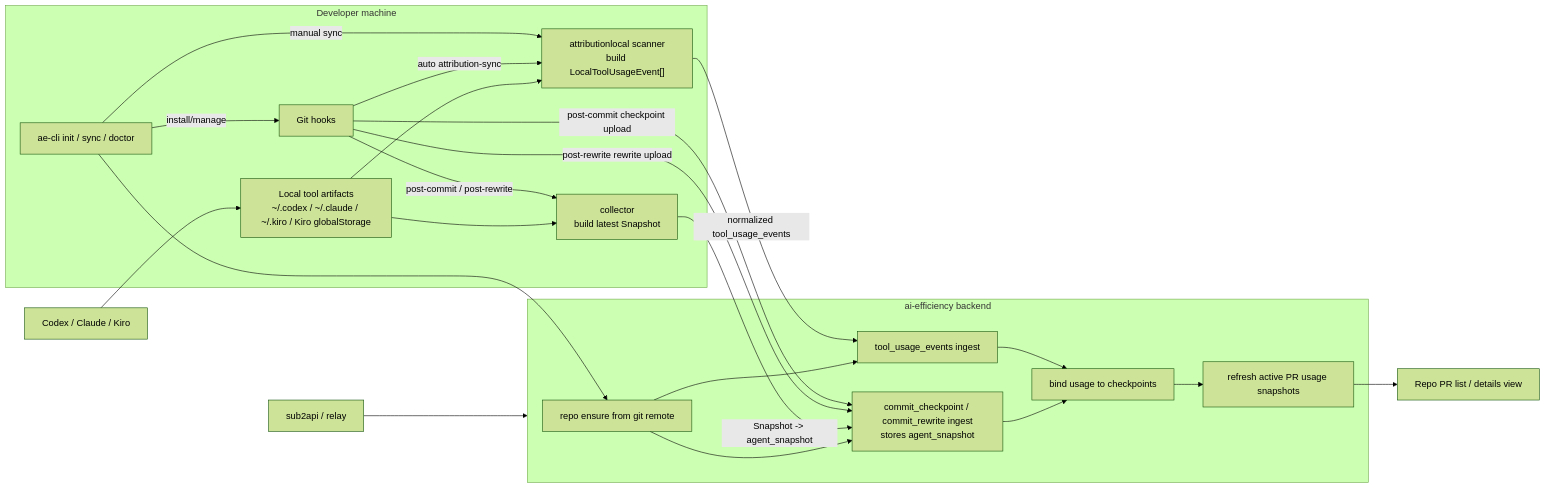
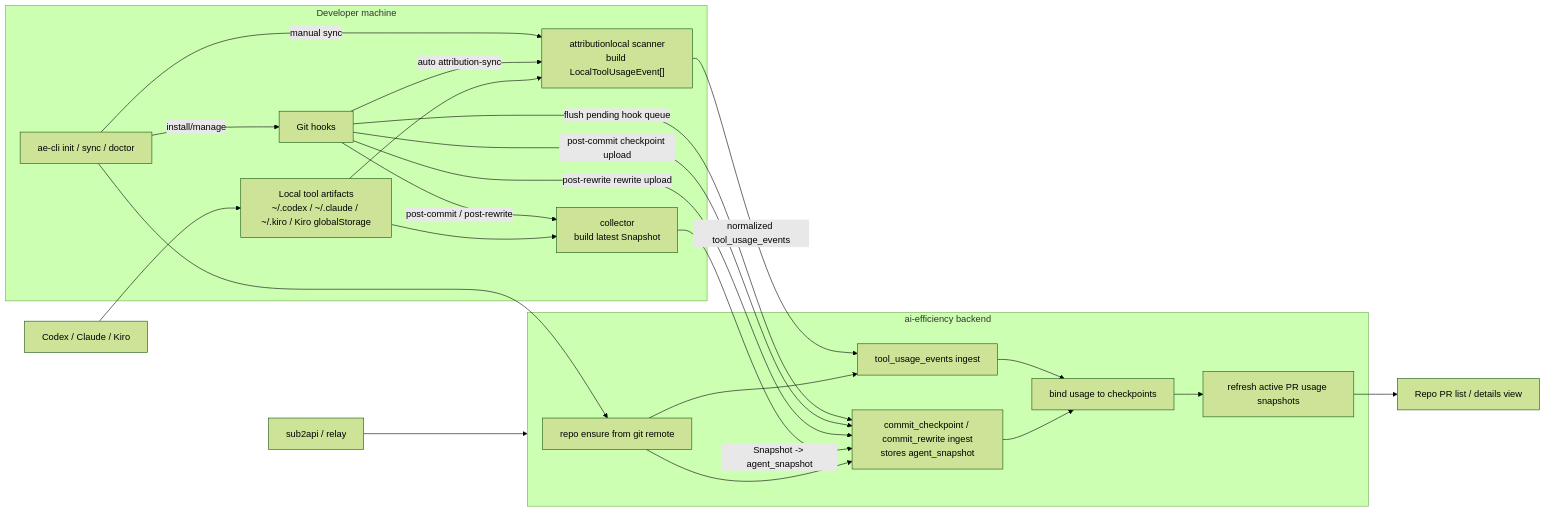
Before and after one commit to LichKing-2234/ai-efficiency: the fourth of 4 diagrams in docs/architecture.md, drawn with Mermaid (forest theme). The commit also changed other lines of this file and 13 other files, not shown here.

Commit message:
fix(auth): auto-refresh tokens and flush pending hook queue

````diff
--- a/docs/architecture.md
+++ b/docs/architecture.md
@@ -177,43 +178,44 @@
 ```mermaid
 flowchart LR
     Tools["Codex / Claude / Kiro"]
 
     subgraph Local["Developer machine"]
         CLI["ae-cli init / sync / doctor"]
         Hooks["Git hooks"]
         Artifacts["Local tool artifacts<br/>~/.codex / ~/.claude / ~/.kiro / Kiro globalStorage"]
         Collector["collector<br/>build latest Snapshot"]
         Scanner["attributionlocal scanner<br/>build LocalToolUsageEvent[]"]
     end
 
     subgraph Backend["ai-efficiency backend"]
         Ensure["repo ensure from git remote"]
         Checkpoint["commit_checkpoint / commit_rewrite ingest<br/>stores agent_snapshot"]
         Usage["tool_usage_events ingest"]
         Bind["bind usage to checkpoints"]
         PRUsage["refresh active PR usage snapshots"]
     end
 
     UI["Repo PR list / details view"]
     Relay["sub2api / relay"]
 
     CLI --> Ensure
     CLI -->|"install/manage"| Hooks
     CLI -->|"manual sync"| Scanner
     Tools --> Artifacts
     Hooks -->|"post-commit / post-rewrite"| Collector
+    Hooks -->|"flush pending hook queue"| Checkpoint
     Hooks -->|"post-commit checkpoint upload"| Checkpoint
     Hooks -->|"post-rewrite rewrite upload"| Checkpoint
     Hooks -->|"auto attribution-sync"| Scanner
     Artifacts --> Collector
     Artifacts --> Scanner
     Collector -->|"Snapshot -> agent_snapshot"| Checkpoint
     Scanner -->|"normalized tool_usage_events"| Usage
     Ensure --> Checkpoint
     Ensure --> Usage
     Usage --> Bind
     Checkpoint --> Bind
     Bind --> PRUsage
     PRUsage --> UI
     Relay --> Backend
 ```
````
